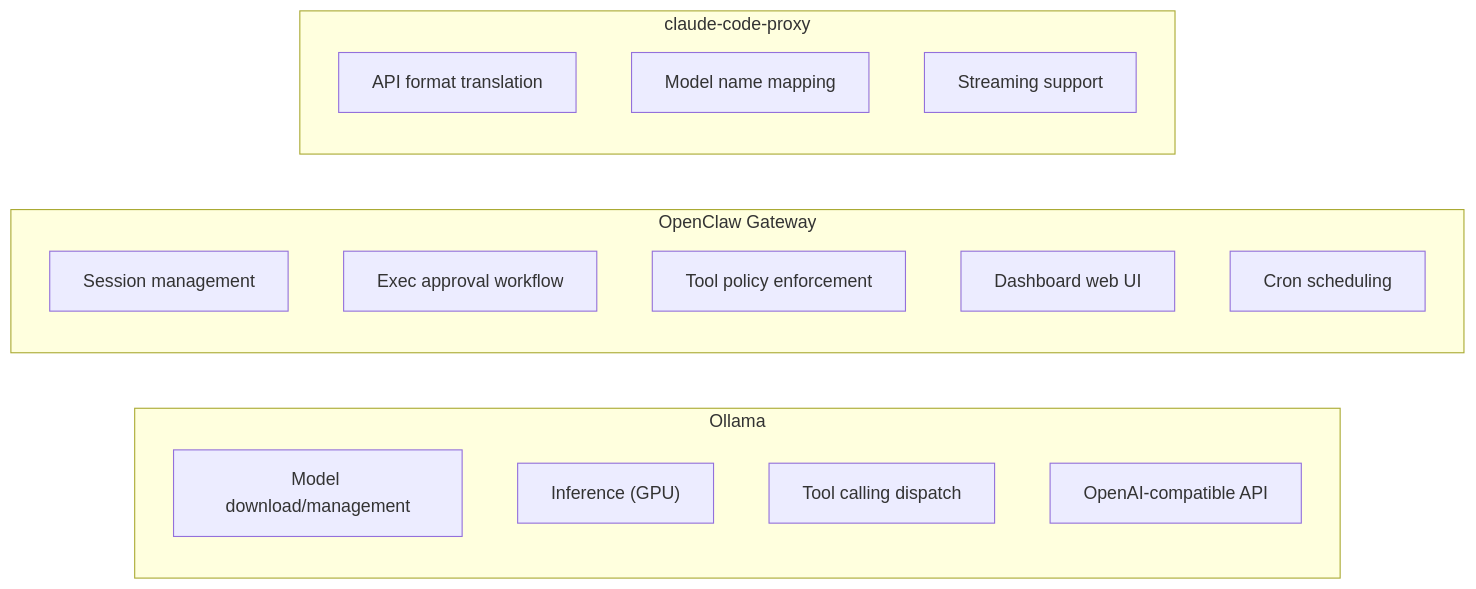
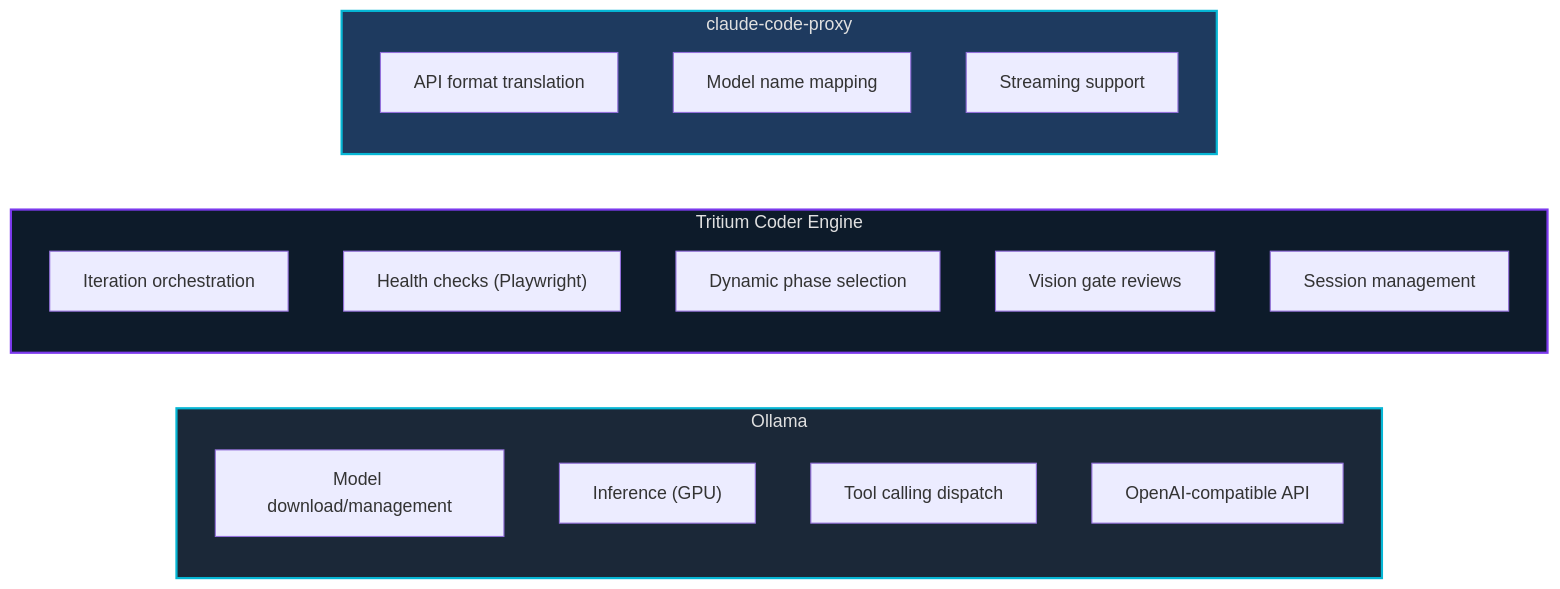
The sixth of 6 diagrams in docs/architecture.md (mvalancy/tritium-coder), drawn with Mermaid before and after one commit. The commit also changed other lines of this file and 16 other files, not shown here.

First line of the commit message:
Remove OpenClaw dependency, go fully independent

````diff
--- a/docs/architecture.md
+++ b/docs/architecture.md
@@ -122,26 +165,30 @@
 ```mermaid
 flowchart LR
     subgraph Ollama["Ollama"]
         direction TB
         A1["Model download/management"]
         A2["Inference (GPU)"]
         A3["Tool calling dispatch"]
         A4["OpenAI-compatible API"]
     end
 
-    subgraph Gateway["OpenClaw Gateway"]
+    subgraph Engine["Tritium Coder Engine"]
         direction TB
-        B1["Session management"]
-        B2["Exec approval workflow"]
-        B3["Tool policy enforcement"]
-        B4["Dashboard web UI"]
-        B5["Cron scheduling"]
+        B1["Iteration orchestration"]
+        B2["Health checks (Playwright)"]
+        B3["Dynamic phase selection"]
+        B4["Vision gate reviews"]
+        B5["Session management"]
     end
 
     subgraph Proxy["claude-code-proxy"]
         direction TB
         C1["API format translation"]
         C2["Model name mapping"]
         C3["Streaming support"]
     end
+
+    style Ollama fill:#1b2838,stroke:#06b6d4,color:#e0e0e0,stroke-width:2px
+    style Engine fill:#0d1b2a,stroke:#7c3aed,color:#e0e0e0,stroke-width:2px
+    style Proxy fill:#1e3a5f,stroke:#06b6d4,color:#e0e0e0,stroke-width:2px
 ```
````
